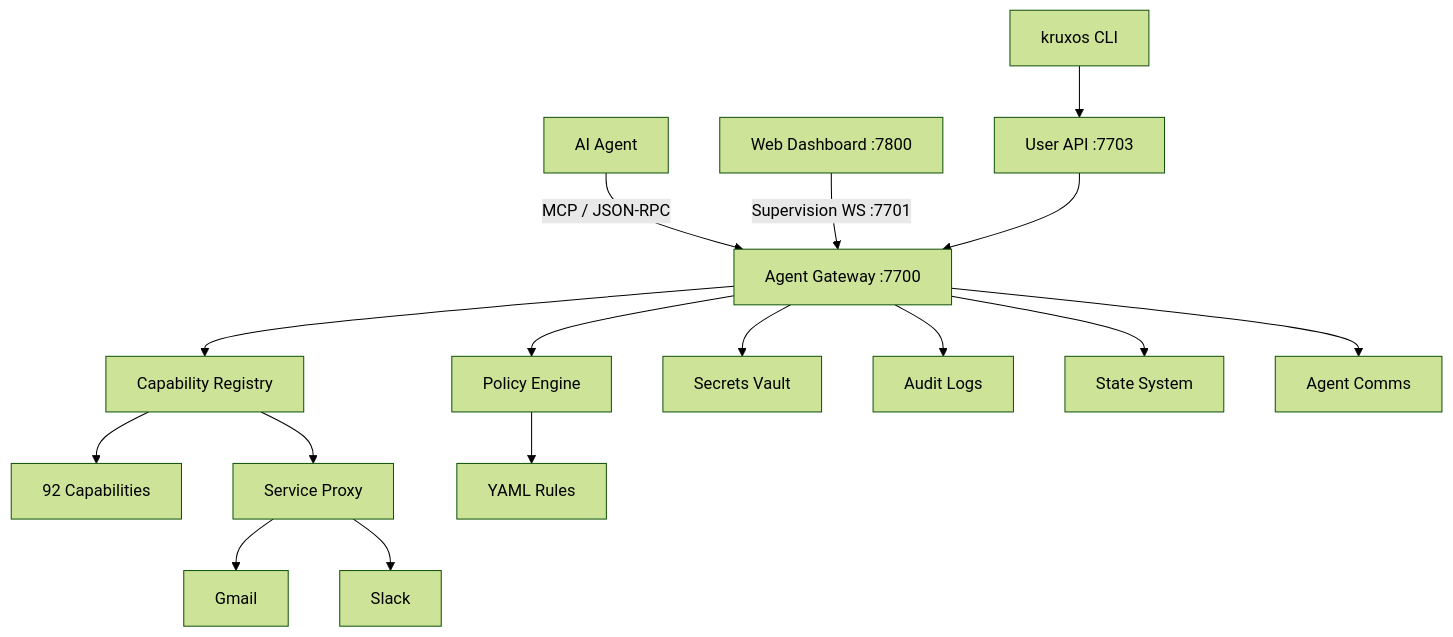
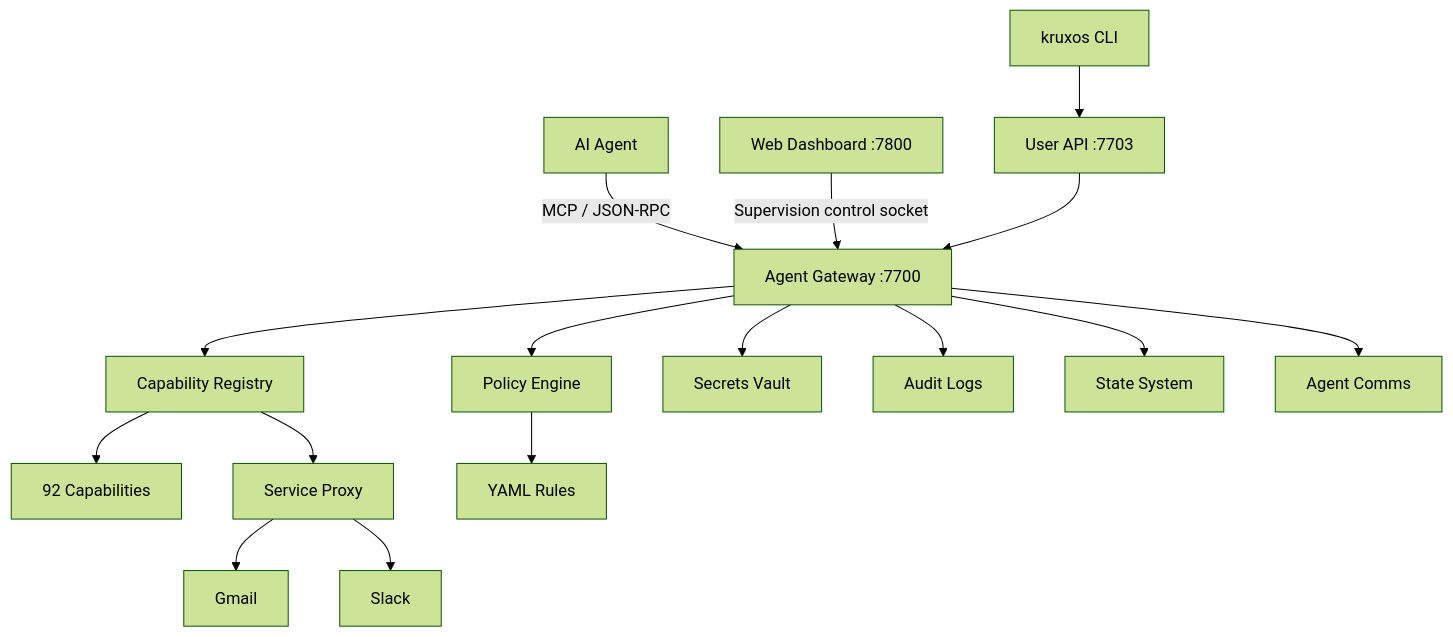
Before and after one commit to altvale/kruxos: the diagram in docs/public/docs/index.md, drawn with Mermaid (forest theme). The commit also changed other lines of this file and 10 other files, not shown here.

````diff
--- a/docs/public/docs/index.md
+++ b/docs/public/docs/index.md
@@ -105,18 +105,18 @@
 ```mermaid
 graph TB
     Agent[AI Agent] -->|MCP / JSON-RPC| Gateway[Agent Gateway :7700]
     Gateway --> Registry[Capability Registry]
     Gateway --> Policy[Policy Engine]
     Registry --> Capabilities[92 Capabilities]
     Registry --> Proxy[Service Proxy]
     Proxy --> Gmail[Gmail]
     Proxy --> Slack[Slack]
     Policy --> YAML[YAML Rules]
     Gateway --> Vault[Secrets Vault]
     Gateway --> Audit[Audit Logs]
     Gateway --> State[State System]
     Gateway --> Comms[Agent Comms]
-    Dashboard[Web Dashboard :7800] -->|Supervision WS :7701| Gateway
+    Dashboard[Web Dashboard :7800] -->|Supervision control socket| Gateway
     CLI[kruxos CLI] --> UserAPI[User API :7703]
     UserAPI --> Gateway
 ```
````
